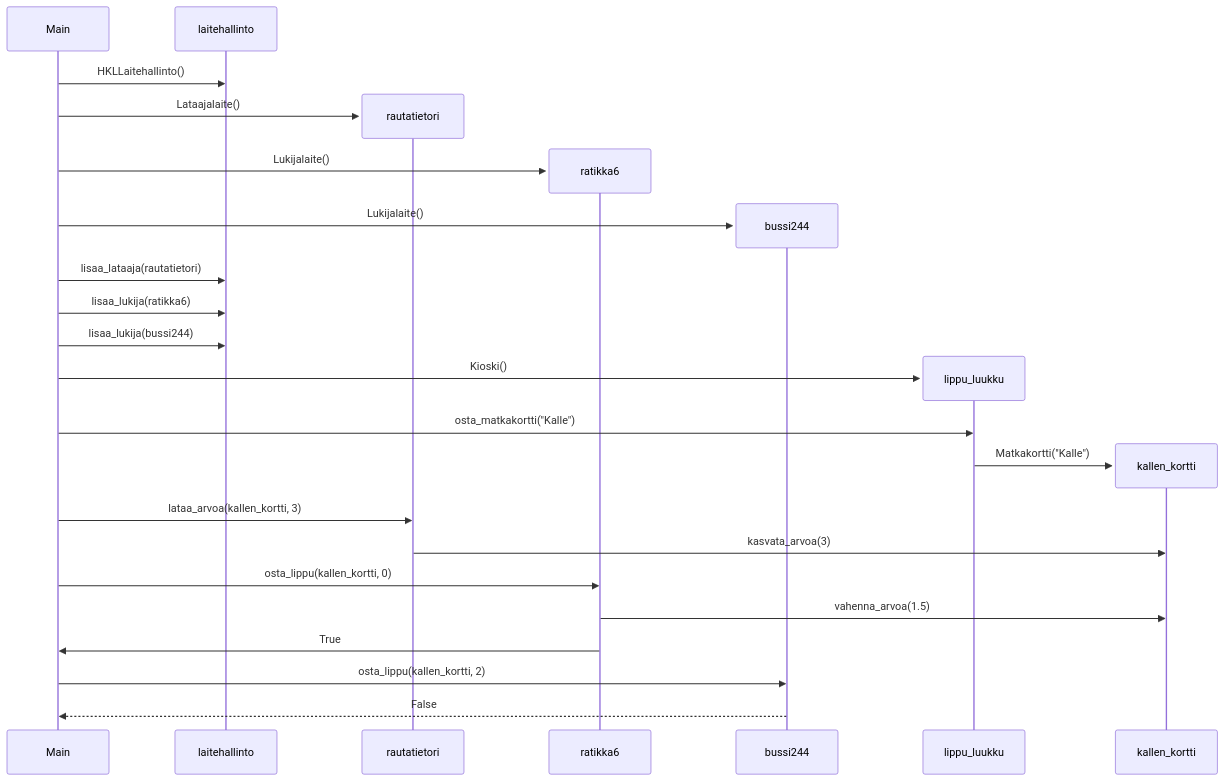
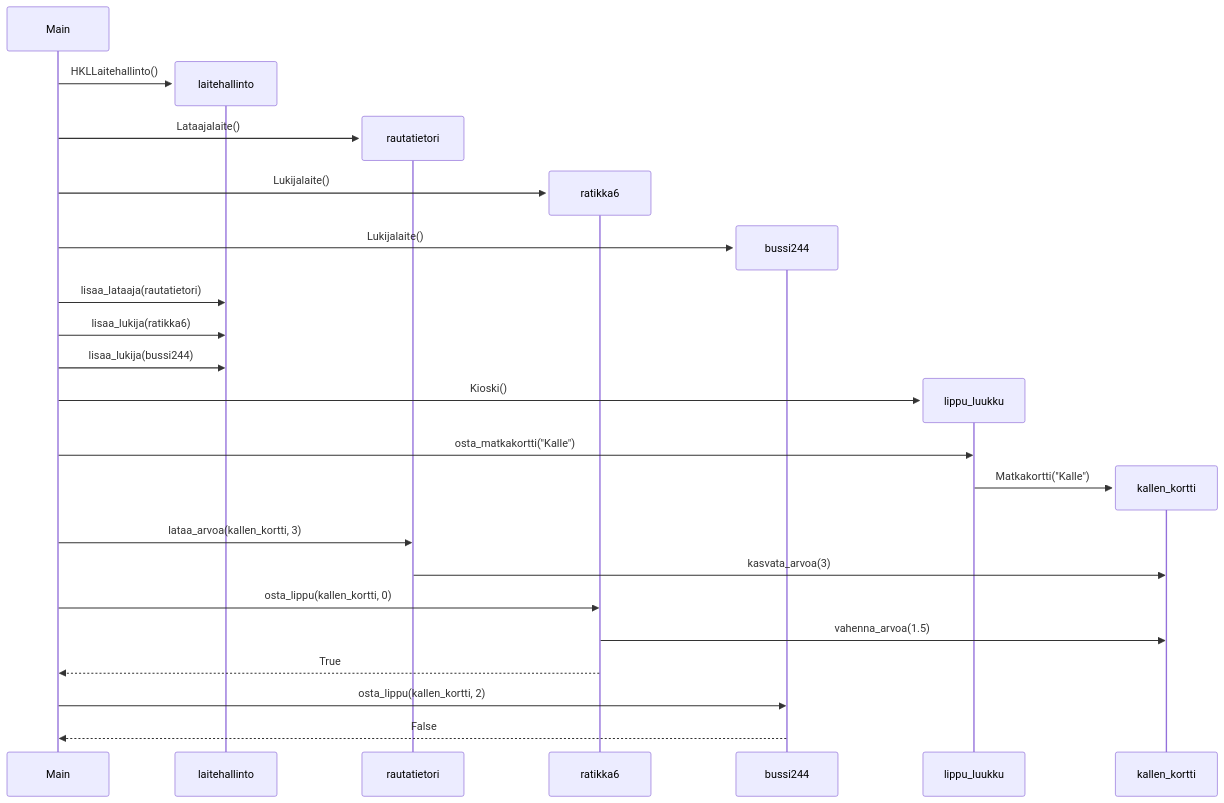
One commit to MatiasS717/Sportstracker changed the diagram in laskarit/viikko3/HSL-sekvenssikaavio.md. Above: the diagram before and after it, drawn with Mermaid.

Commit message:
Changes on HSL-sekvenssikaavio.md

````diff
--- a/laskarit/viikko3/HSL-sekvenssikaavio.md
+++ b/laskarit/viikko3/HSL-sekvenssikaavio.md
@@ -3,27 +3,27 @@
 ```mermaid
 sequenceDiagram
   participant Main
-  participant laitehallinto
+  create participant laitehallinto
   Main->>laitehallinto: HKLLaitehallinto()
   create participant rautatietori
   Main->>rautatietori: Lataajalaite()
   create participant ratikka6
   Main->>ratikka6: Lukijalaite()
   create participant bussi244
   Main->>bussi244: Lukijalaite()
   Main->>laitehallinto: lisaa_lataaja(rautatietori)
   Main->>laitehallinto: lisaa_lukija(ratikka6)
   Main->>laitehallinto: lisaa_lukija(bussi244)
   create participant lippu_luukku
   Main->>lippu_luukku: Kioski()
   Main->>lippu_luukku: osta_matkakortti("Kalle")
   create participant kallen_kortti
   lippu_luukku->>kallen_kortti: Matkakortti("Kalle")
   Main->>rautatietori: lataa_arvoa(kallen_kortti, 3)
   rautatietori->>kallen_kortti: kasvata_arvoa(3)
   Main->>ratikka6: osta_lippu(kallen_kortti, 0)
   ratikka6->>kallen_kortti: vahenna_arvoa(1.5)
-  ratikka6->>Main: True
+  ratikka6-->>Main: True
   Main->>bussi244: osta_lippu(kallen_kortti, 2)
   bussi244-->>Main: False
 ```
````
